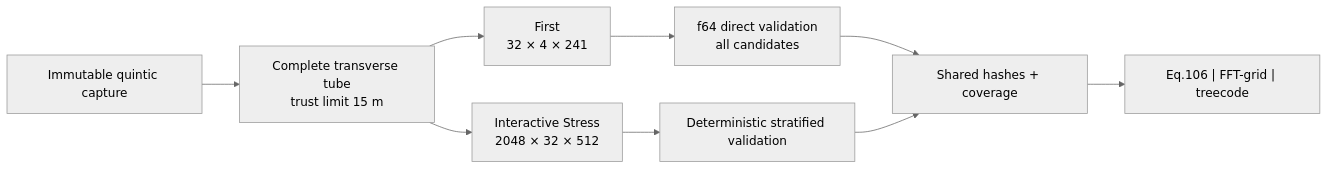
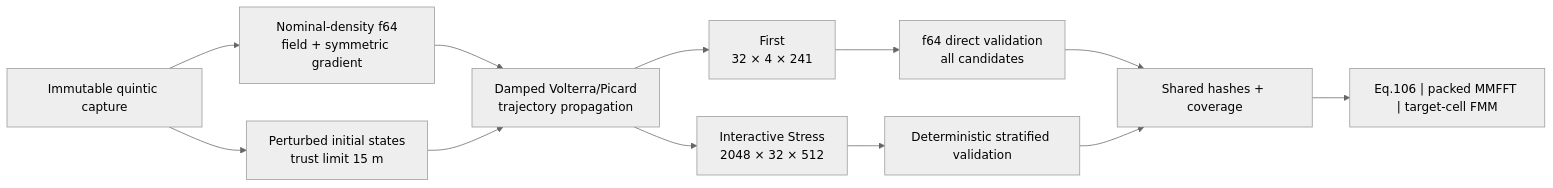
Before and after one commit to Tom-Jim/RyuGu_WASM: the eighth of 11 diagrams in README.md, drawn with Mermaid (neutral theme). The commit also changed other lines of this file and 45 other files, not shown here.

````diff
--- a/README.md
+++ b/README.md
@@ -329,11 +331,14 @@
 ```mermaid
 flowchart LR
-    Capture["Immutable quintic capture"] --> Tube["Complete transverse tube\ntrust limit 15 m"]
-    Tube --> First["First\n32 × 4 × 241"]
-    Tube --> Stress["Interactive Stress\n2048 × 32 × 512"]
+    Capture["Immutable quintic capture"] --> Jets["Nominal-density f64\nfield + symmetric gradient"]
+    Capture --> Initial["Perturbed initial states\ntrust limit 15 m"]
+    Jets --> Volterra["Damped Volterra/Picard\ntrajectory propagation"]
+    Initial --> Volterra
+    Volterra --> First["First\n32 × 4 × 241"]
+    Volterra --> Stress["Interactive Stress\n2048 × 32 × 512"]
     First --> Validate["f64 direct validation\nall candidates"]
     Stress --> Stratified["Deterministic stratified validation"]
     Validate --> Compare["Shared hashes + coverage"]
     Stratified --> Compare
-    Compare --> Methods["Eq.106 | FFT-grid | treecode"]
+    Compare --> Methods["Eq.106 | packed MMFFT | target-cell FMM"]
 ```
````
